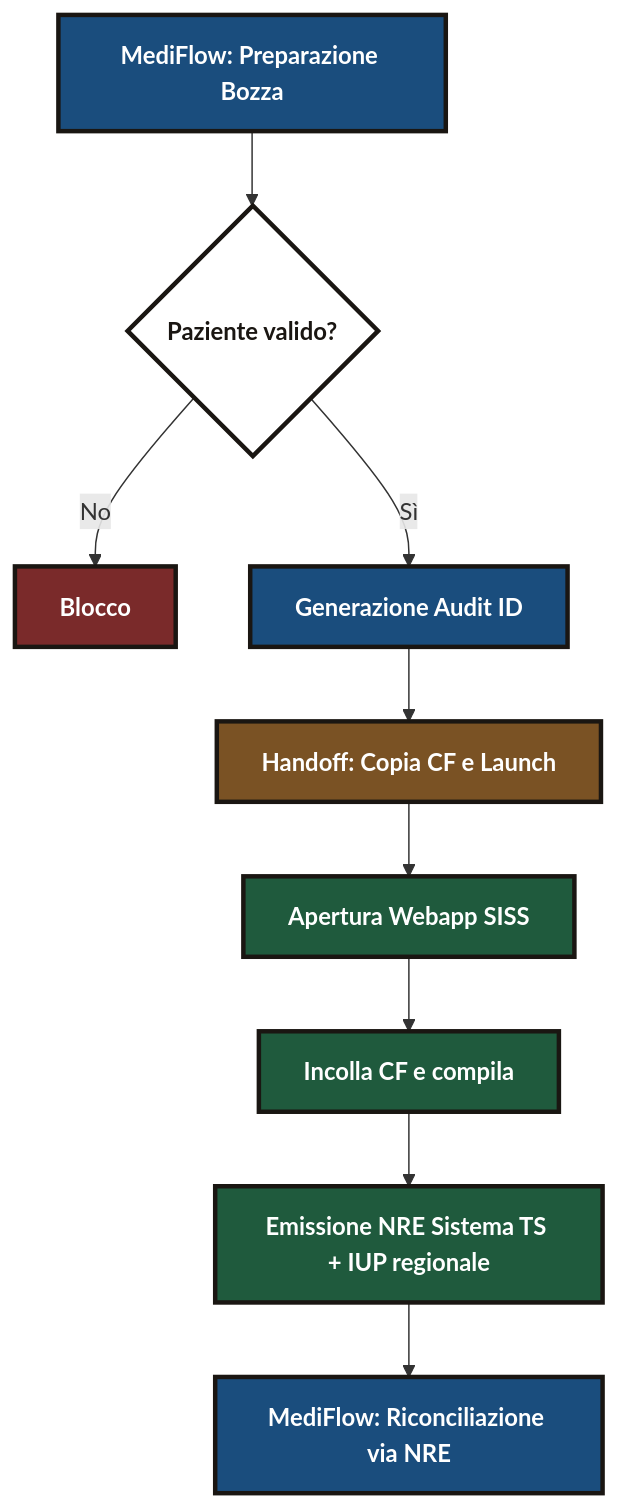
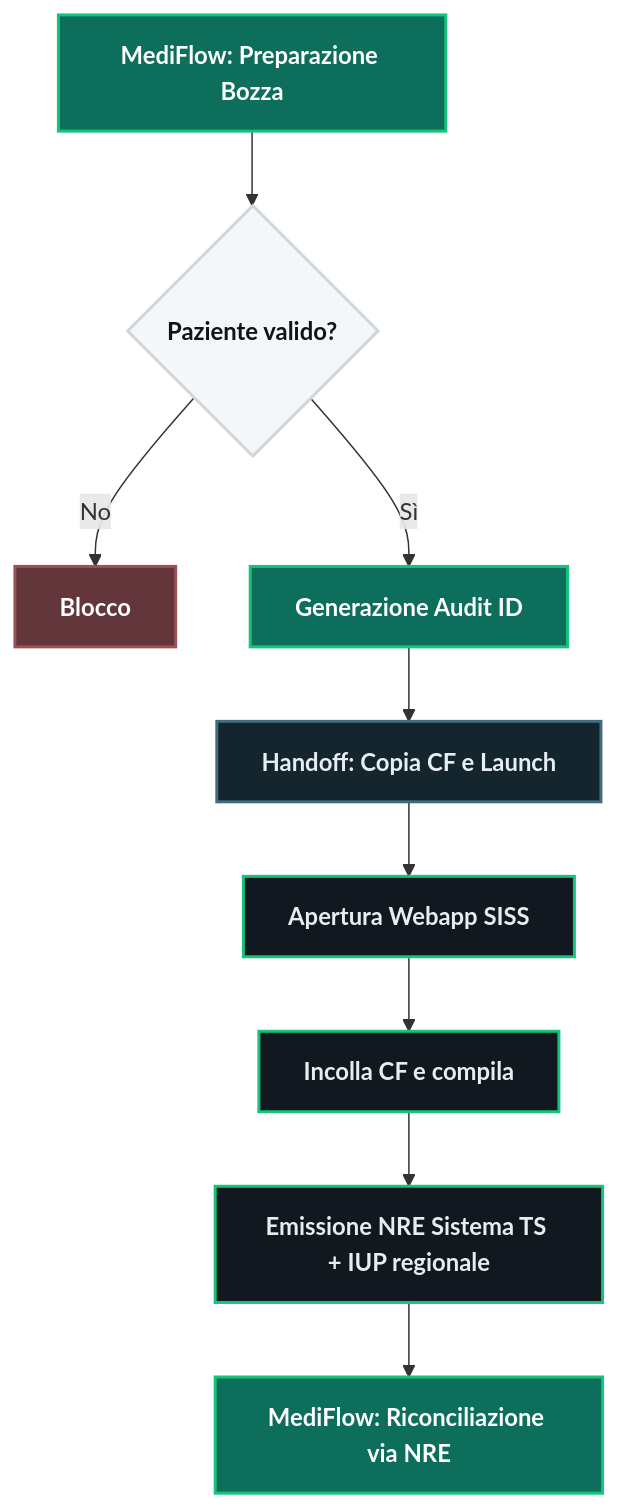
The first of 2 diagrams in src/content/blog/2026-05-21-mappatura-siss.md (Wulfgardr/leonardopegollo.dev), drawn with Mermaid before and after one commit. The commit also changed 12 other files, not shown here.

````diff
--- a/src/content/blog/2026-05-21-mappatura-siss.md
+++ b/src/content/blog/2026-05-21-mappatura-siss.md
@@ -57,20 +57,20 @@
 ```mermaid
 graph TD
-    classDef clinical fill:#1a4d7d,stroke:#1a1612,stroke-width:3px,color:#ffffff,font-weight:700;
-    classDef handoff  fill:#7a5224,stroke:#1a1612,stroke-width:3px,color:#ffffff,font-weight:700;
-    classDef siss     fill:#1f5a3d,stroke:#1a1612,stroke-width:3px,color:#ffffff,font-weight:700;
-    classDef decision fill:#ffffff,stroke:#1a1612,stroke-width:3px,color:#1a1612,font-weight:700;
-    classDef stop     fill:#7a2a2a,stroke:#1a1612,stroke-width:3px,color:#ffffff,font-weight:700;
+    classDef clinical fill:#0e6e5c,stroke:#15c47a,stroke-width:2px,color:#ffffff,font-weight:700;
+    classDef handoff  fill:#14252d,stroke:#426b7f,stroke-width:2px,color:#e6edf3,font-weight:700;
+    classDef siss     fill:#111820,stroke:#15c47a,stroke-width:2px,color:#e6edf3,font-weight:700;
+    classDef decision fill:#f4f6f7,stroke:#cfd7dd,stroke-width:2px,color:#111417,font-weight:700;
+    classDef stop     fill:#63363b,stroke:#9f4f56,stroke-width:2px,color:#ffffff,font-weight:700;
 
     A[MediFlow: Preparazione Bozza]:::clinical --> B{Paziente valido?}:::decision
     B -- No --> D[Blocco]:::stop
     B -- Sì --> E[Generazione Audit ID]:::clinical
 
     E --> F[Handoff: Copia CF e Launch]:::handoff
     F --> G[Apertura Webapp SISS]:::siss
 
     G --> H[Incolla CF e compila]:::siss
     H --> I[Emissione NRE Sistema TS + IUP regionale]:::siss
 
     I --> Q[MediFlow: Riconciliazione via NRE]:::clinical
 ```
````
